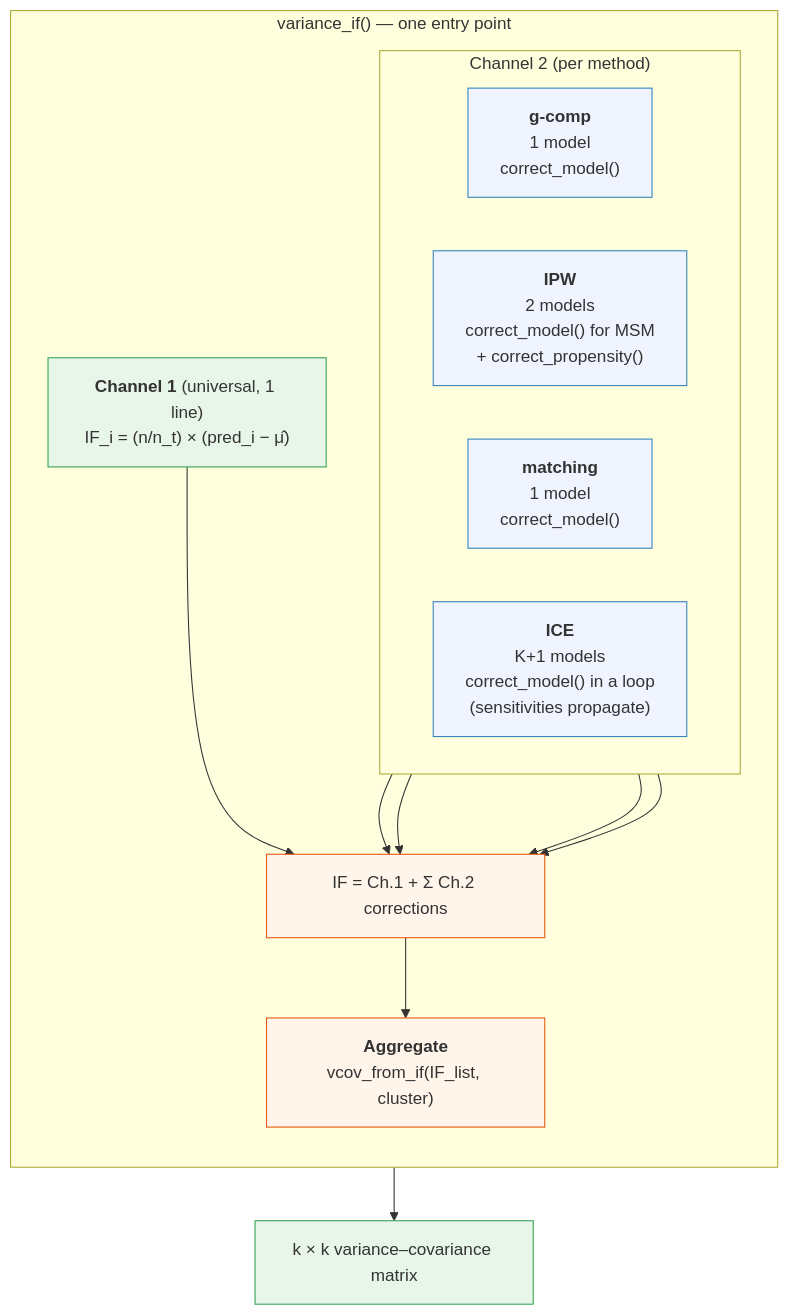
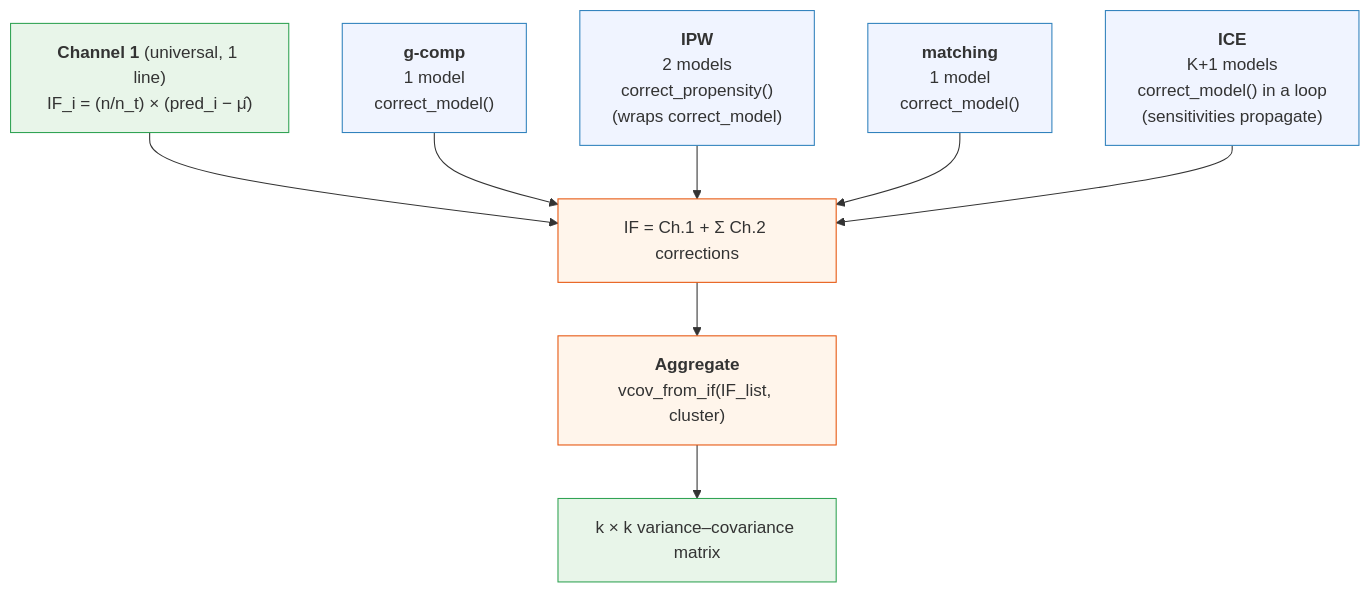
The first of 3 diagrams in VARIANCE_REFACTOR.qmd (etverse/causatr), drawn with Mermaid before and after one commit. The commit also changed other lines of this file and 5 other files, not shown here.

````diff
--- a/VARIANCE_REFACTOR.qmd
+++ b/VARIANCE_REFACTOR.qmd
@@ -42,36 +42,28 @@
 ```{mermaid}
 %%| fig-cap: "Architecture of variance_if(). Channel 1 is universal. Channel 2 dispatches by method. Aggregation is standard or cluster-robust."
 flowchart TB
-  subgraph "variance_if() — one entry point"
-    direction TB
+  CH1["<b>Channel 1</b> (universal, 1 line)<br/>IF_i = (n/n_t) × (pred_i − μ̂)"]
 
-    CH1["<b>Channel 1</b> (universal, 1 line)<br/>IF_i = (n/n_t) × (pred_i − μ̂)"]
+  GC["<b>g-comp</b><br/>1 model<br/>correct_model()"]
+  IPW["<b>IPW</b><br/>2 models<br/>correct_propensity()<br/>(wraps correct_model)"]
+  MATCH["<b>matching</b><br/>1 model<br/>correct_model()"]
+  ICE["<b>ICE</b><br/>K+1 models<br/>correct_model() in a loop<br/>(sensitivities propagate)"]
 
-    subgraph "Channel 2 (per method)"
-      direction LR
-      GC["<b>g-comp</b><br/>1 model<br/>correct_model()"]
-      IPW["<b>IPW</b><br/>2 models<br/>correct_model() for MSM<br/>+ correct_propensity()"]
-      MATCH["<b>matching</b><br/>1 model<br/>correct_model()"]
-      ICE["<b>ICE</b><br/>K+1 models<br/>correct_model() in a loop<br/>(sensitivities propagate)"]
-    end
+  CH1 --> SUM["IF = Ch.1 + Σ Ch.2 corrections"]
+  GC --> SUM
+  IPW --> SUM
+  MATCH --> SUM
+  ICE --> SUM
 
-    CH1 --> SUM["IF = Ch.1 + Σ Ch.2 corrections"]
-    GC --> SUM
-    IPW --> SUM
-    MATCH --> SUM
-    ICE --> SUM
-
-    SUM --> AGG["<b>Aggregate</b><br/>vcov_from_if(IF_list, cluster)"]
-  end
-
+  SUM --> AGG["<b>Aggregate</b><br/>vcov_from_if(IF_list, cluster)"]
   AGG --> OUT["k × k variance–covariance matrix"]
 
   style CH1 fill:#e8f5e9,stroke:#31A354
   style GC fill:#f0f4ff,stroke:#3182BD
   style IPW fill:#f0f4ff,stroke:#3182BD
   style MATCH fill:#f0f4ff,stroke:#3182BD
   style ICE fill:#f0f4ff,stroke:#3182BD
   style SUM fill:#fff5eb,stroke:#E6550D
   style AGG fill:#fff5eb,stroke:#E6550D
   style OUT fill:#e8f5e9,stroke:#31A354
 ```
````
